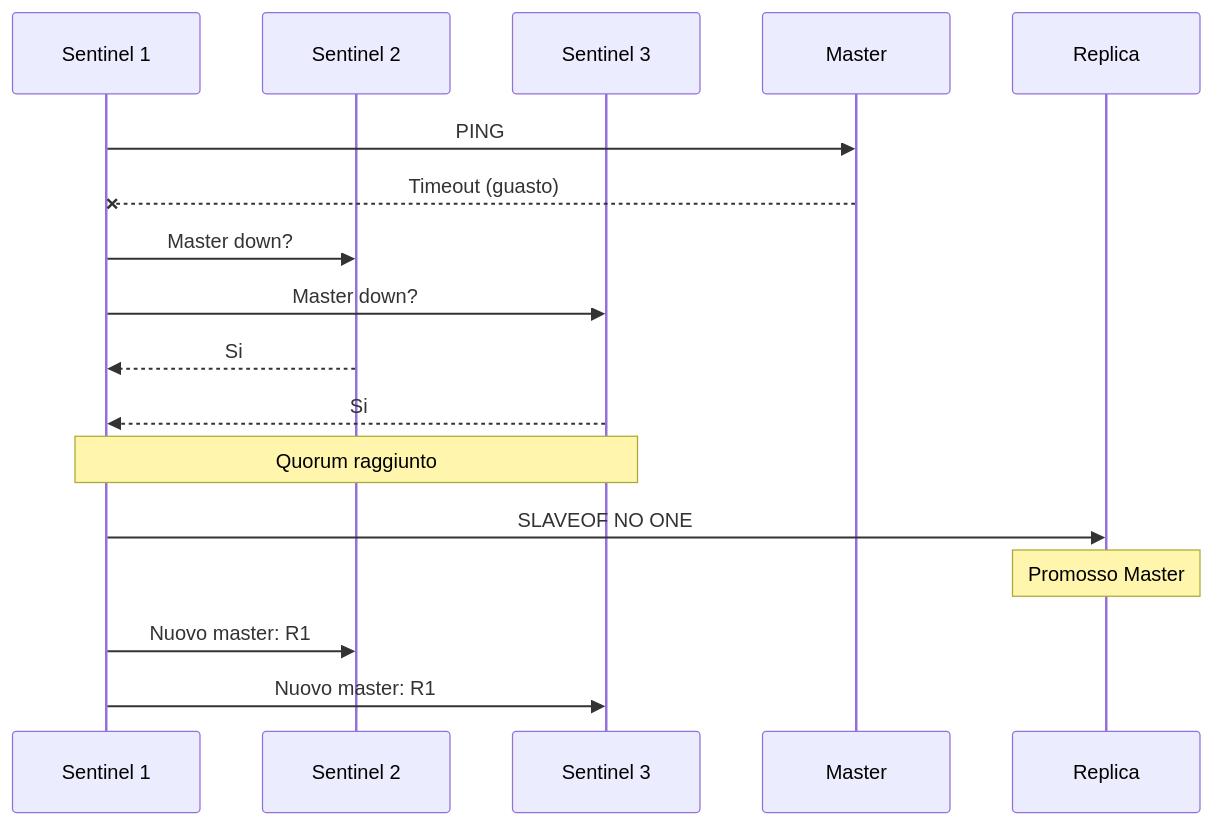
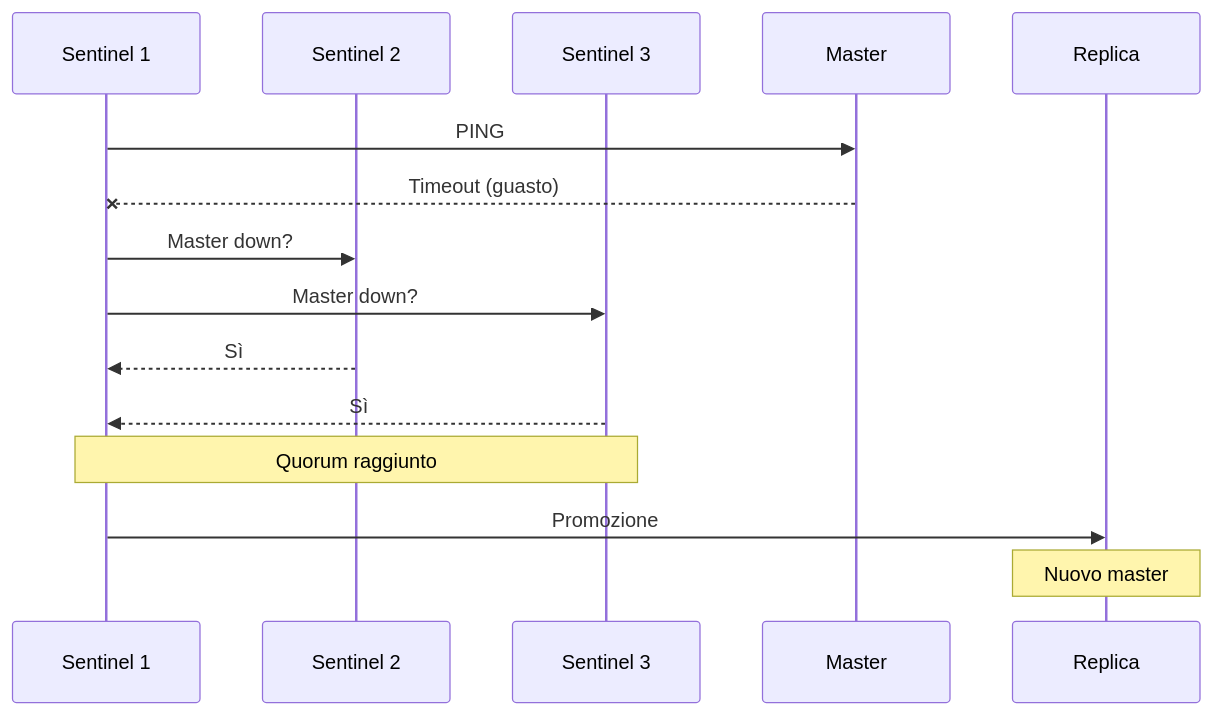
Before and after one commit to HidoraSwiss/hikube-public-doc: the second of 2 diagrams in i18n/it/docusaurus-plugin-content-docs/current/services/databases/redis/concepts.md, drawn with Mermaid. The commit also changed other lines of this file and 148 other files, not shown here.

````diff
--- a/i18n/it/docusaurus-plugin-content-docs/current/services/databases/redis/concepts.md
+++ b/i18n/it/docusaurus-plugin-content-docs/current/services/databases/redis/concepts.md
@@ -86,20 +64,18 @@
 ```mermaid
 sequenceDiagram
     participant S1 as Sentinel 1
     participant S2 as Sentinel 2
     participant S3 as Sentinel 3
     participant M as Master
     participant R1 as Replica
 
     S1->>M: PING
     M--xS1: Timeout (guasto)
     S1->>S2: Master down?
     S1->>S3: Master down?
-    S2-->>S1: Si
-    S3-->>S1: Si
+    S2-->>S1: Sì
+    S3-->>S1: Sì
     Note over S1,S3: Quorum raggiunto
-    S1->>R1: SLAVEOF NO ONE
-    Note over R1: Promosso Master
-    S1->>S2: Nuovo master: R1
-    S1->>S3: Nuovo master: R1
+    S1->>R1: Promozione
+    Note over R1: Nuovo master
 ```
````
